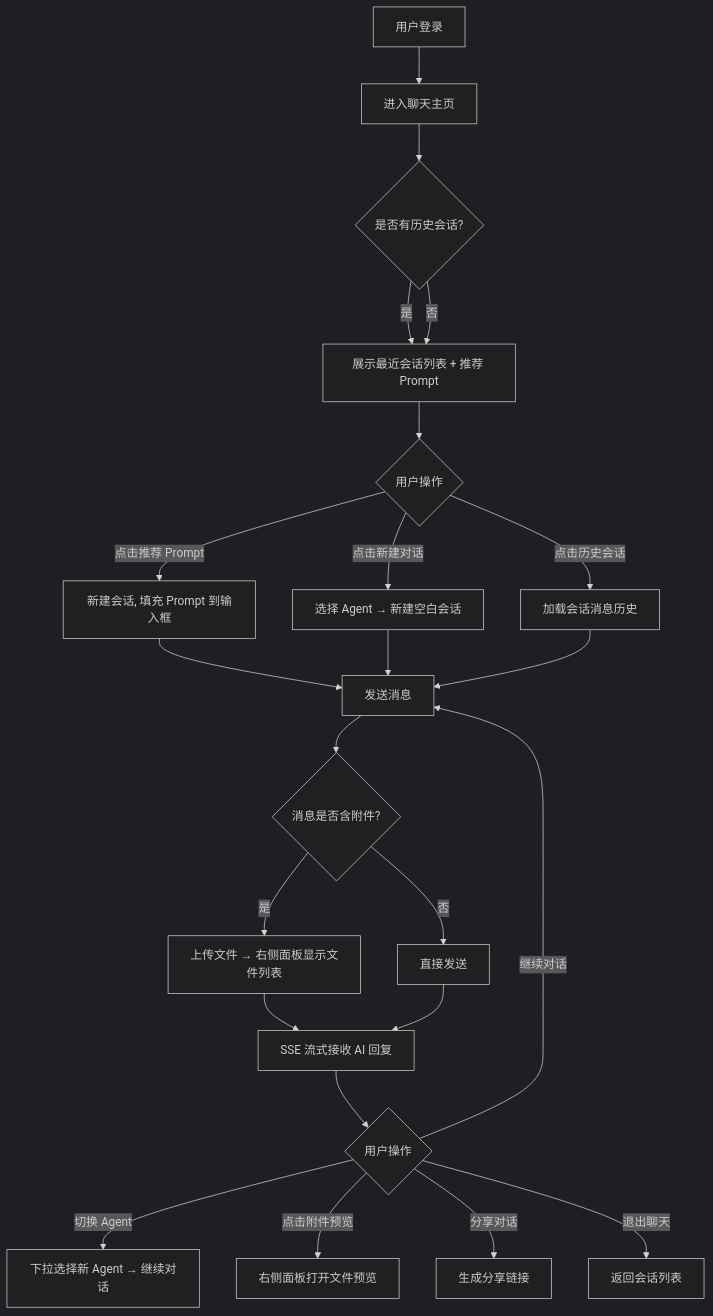
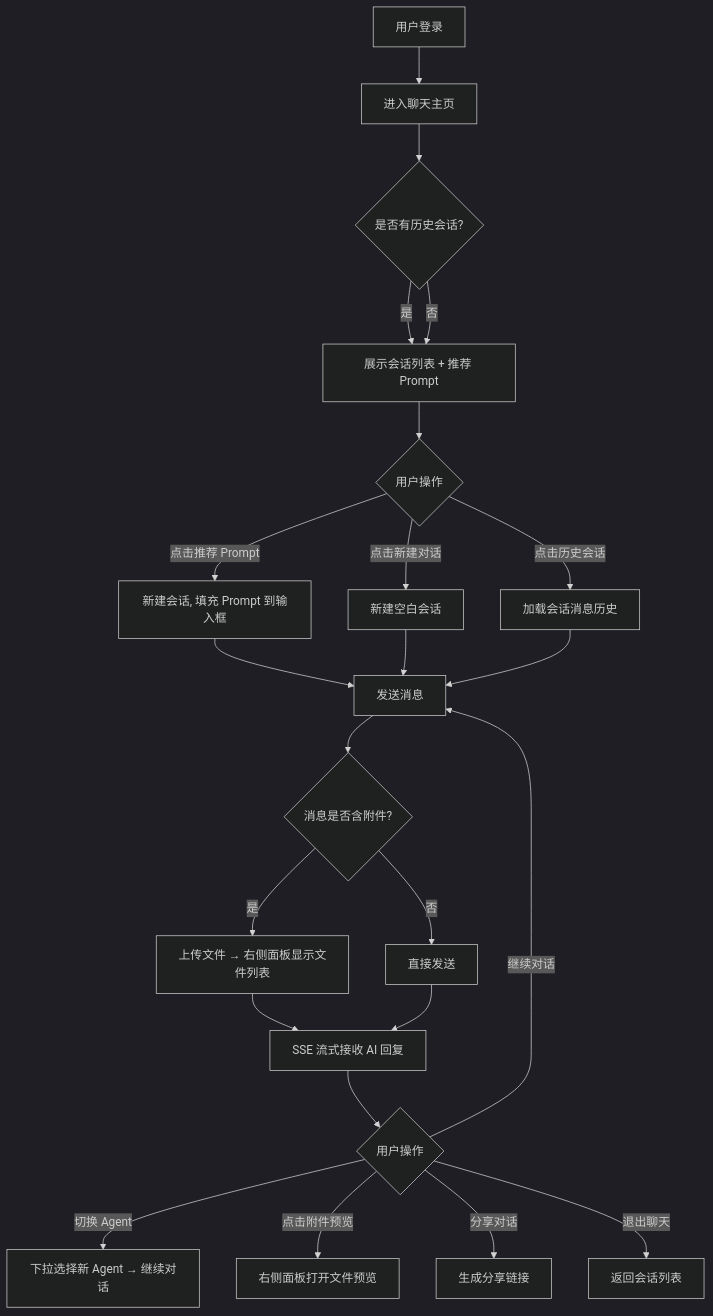
The second of 5 diagrams in doc/产品方案/2026-05-05_用户端重构-PRD.md (garry-wjl/GAgentManager), drawn with Mermaid (dark theme) before and after one commit. The commit also changed other lines of this file, not shown here.

````diff
--- a/doc/产品方案/2026-05-05_用户端重构-PRD.md
+++ b/doc/产品方案/2026-05-05_用户端重构-PRD.md
@@ -84,25 +91,25 @@
 ```mermaid
 flowchart TD
   A[用户登录] --> B[进入聊天主页]
   B --> C{是否有历史会话?}
-  C -->|是| D[展示最近会话列表 + 推荐 Prompt]
+  C -->|是| D[展示会话列表 + 推荐 Prompt]
   C -->|否| D
   D --> E{用户操作}
   E -->|点击推荐 Prompt| F[新建会话, 填充 Prompt 到输入框]
-  E -->|点击新建对话| G[选择 Agent → 新建空白会话]
+  E -->|点击新建对话| G[新建空白会话]
   E -->|点击历史会话| H[加载会话消息历史]
   F --> I[发送消息]
   G --> I
   H --> I
   I --> J{消息是否含附件?}
   J -->|是| K[上传文件 → 右侧面板显示文件列表]
   J -->|否| L[直接发送]
   K --> M[SSE 流式接收 AI 回复]
   L --> M
   M --> N{用户操作}
   N -->|继续对话| I
   N -->|切换 Agent| O[下拉选择新 Agent → 继续对话]
   N -->|点击附件预览| P[右侧面板打开文件预览]
   N -->|分享对话| Q[生成分享链接]
   N -->|退出聊天| R[返回会话列表]
 ```
````
